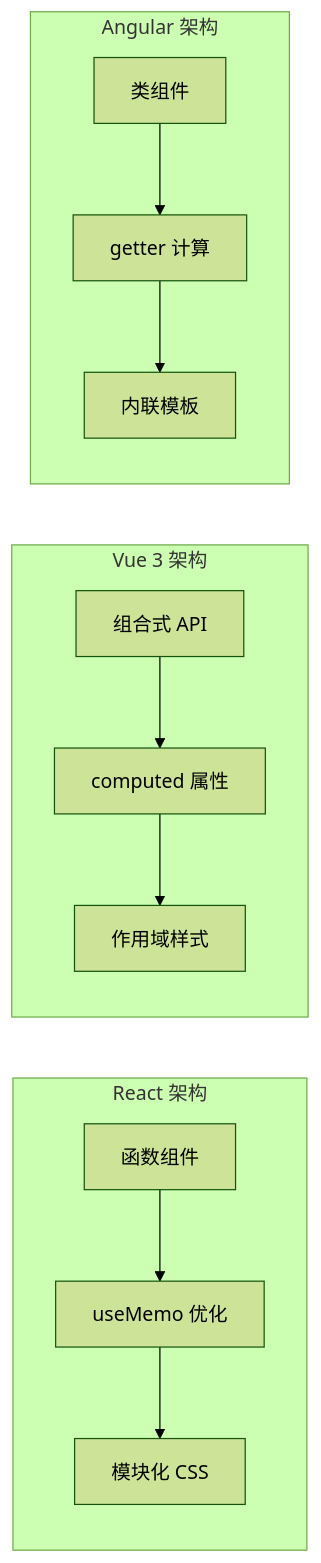
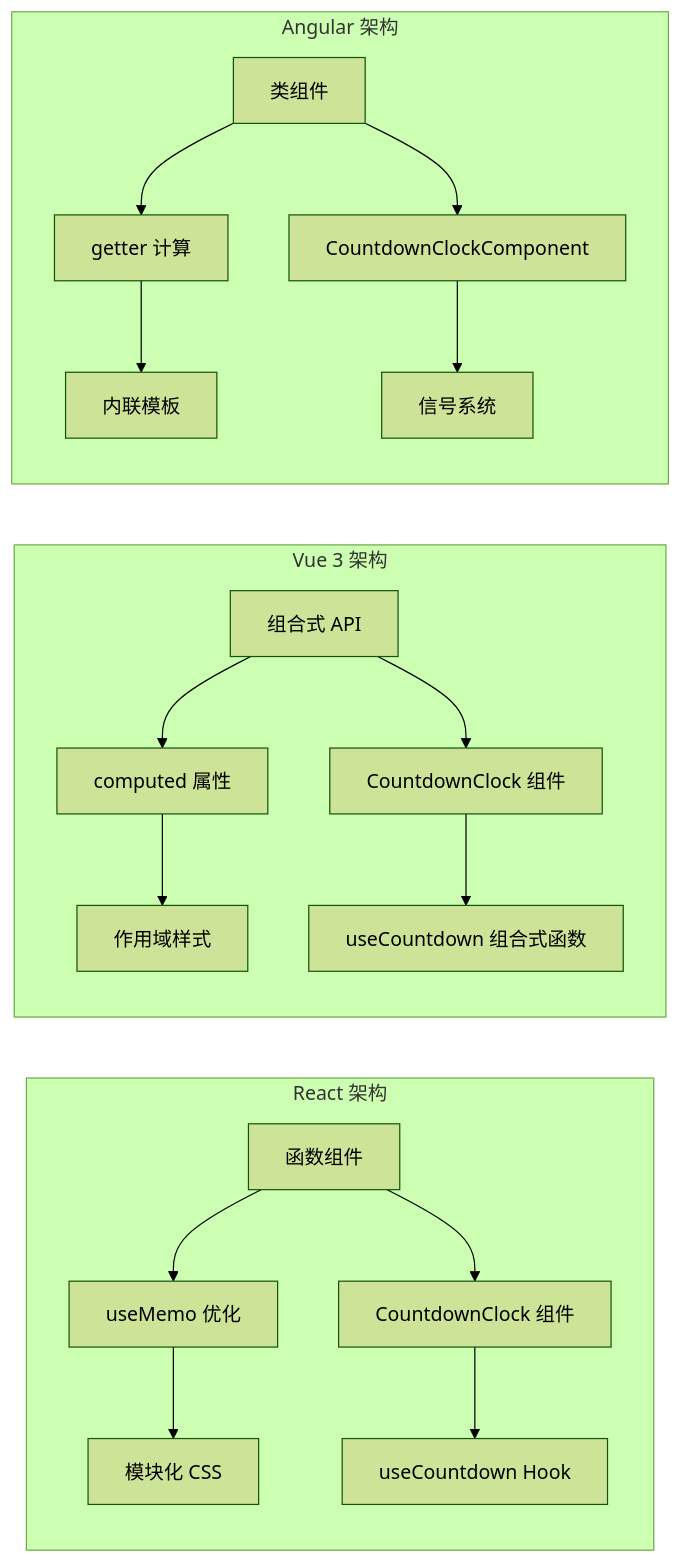
One commit to alexy2008/TimeCapsule changed the third of 15 diagrams in .qoder/repowiki/zh/content/前端实现详解/Vue 3 实现/组件系统设计/CapsuleCard 胶囊卡片组件.md. Above: the diagram before and after it, drawn with Mermaid (forest theme). The commit also changed other lines of this file and 22 other files, not shown here.

````diff
--- a/.qoder/repowiki/zh/content/前端实现详解/Vue 3 实现/组件系统设计/CapsuleCard 胶囊卡片组件.md
+++ b/.qoder/repowiki/zh/content/前端实现详解/Vue 3 实现/组件系统设计/CapsuleCard 胶囊卡片组件.md
@@ -130,24 +155,36 @@
 ```mermaid
 graph LR
 subgraph "React 架构"
 ReactComp[函数组件]
 ReactMemo[useMemo 优化]
 ReactStyles[模块化 CSS]
+ReactCountdown[CountdownClock 组件]
+ReactHook[useCountdown Hook]
 end
 subgraph "Vue 3 架构"
 VueComp[组合式 API]
 VueComputed[computed 属性]
 VueScoped[作用域样式]
+VueCountdown[CountdownClock 组件]
+VueComposable[useCountdown 组合式函数]
 end
 subgraph "Angular 架构"
 AngularComp[类组件]
 AngularGetter[getter 计算]
 AngularInline[内联模板]
+AngularCountdown[CountdownClockComponent]
+AngularSignal[信号系统]
 end
 ReactComp --> ReactMemo
 VueComp --> VueComputed
 AngularComp --> AngularGetter
 ReactMemo --> ReactStyles
 VueComputed --> VueScoped
 AngularGetter --> AngularInline
+ReactComp --> ReactCountdown
+VueComp --> VueCountdown
+AngularComp --> AngularCountdown
+ReactCountdown --> ReactHook
+VueCountdown --> VueComposable
+AngularCountdown --> AngularSignal
 ```
````
